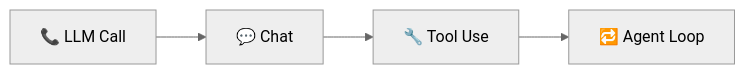
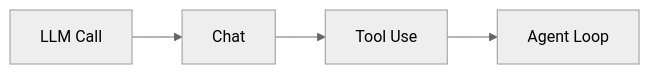
Before and after one commit to agenticloops-ai/agentic-ai-engineering: the eighth of 8 diagrams in 01-foundations/workshop.md, drawn with Mermaid (neutral theme). The commit also changed other lines of this file, not shown here.

````diff
--- a/01-foundations/workshop.md
+++ b/01-foundations/workshop.md
@@ -442,6 +164,6 @@
 ```mermaid
 flowchart LR
-    A[📞 LLM Call] --> B[💬 Chat]
-    B --> C[🔧 Tool Use]
-    C --> D[🔁 Agent Loop]
+    A[LLM Call] --> B[Chat]
+    B --> C[Tool Use]
+    C --> D[Agent Loop]
 ```
````
